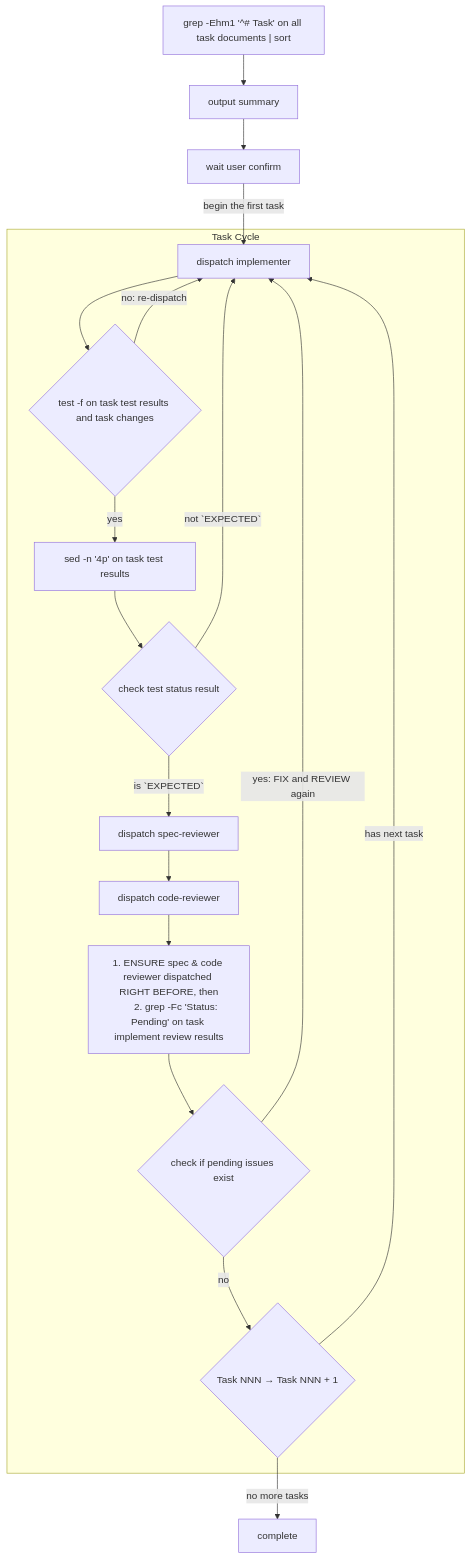
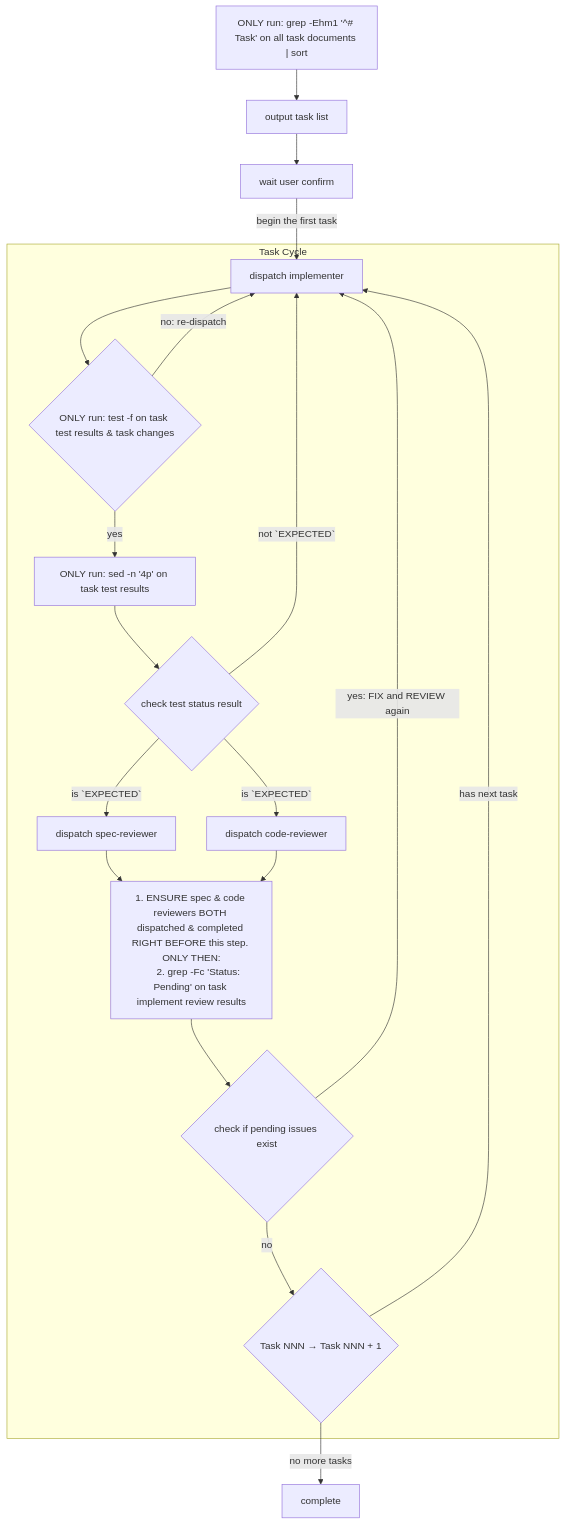
The diagram in skills/executing/SKILL.md (abadcafe/superteam), drawn with Mermaid before and after one commit. The commit also changed 5 other files, not shown here.

````diff
--- a/skills/executing/SKILL.md
+++ b/skills/executing/SKILL.md
@@ -101,40 +101,41 @@
 ```mermaid
 flowchart TD
-  get_task_list["grep -Ehm1 '^# Task' on all task documents | sort"]
-  output_summary["output summary"]
+  get_task_list["ONLY run: grep -Ehm1 '^# Task' on all task documents | sort"]
+  output_task_list["output task list"]
   wait_user_confirm["wait user confirm"]
   complete["complete"]
 
   subgraph task_cycle["Task Cycle"]
     dispatch_implementer["dispatch implementer"]
-    check_implementer_delivered{"test -f on task test results and task changes"}
-    get_test_status["sed -n '4p' on task test results"]
+    check_implementer_completed{"ONLY run: test -f on task test results & task changes"}
+    get_test_status["ONLY run: sed -n '4p' on task test results"]
     check_test_status{"check test status result"}
     dispatch_spec_reviewer["dispatch spec-reviewer"]
     dispatch_code_reviewer["dispatch code-reviewer"]
     count_pending_issues["
-      1. ENSURE spec & code reviewer dispatched RIGHT BEFORE, then
+      1. ENSURE spec & code reviewers BOTH dispatched & completed RIGHT BEFORE this step. ONLY THEN:
       2. grep -Fc 'Status: Pending' on task implement review results
     "]
     check_pending_issues_exist{"check if pending issues exist"}
     next_task{"Task NNN → Task NNN + 1"}
 
-    dispatch_implementer --> check_implementer_delivered
-    check_implementer_delivered -->|"yes"| get_test_status
-    check_implementer_delivered -->|"no: re-dispatch"| dispatch_implementer
+    dispatch_implementer --> check_implementer_completed
+    check_implementer_completed -->|"no: re-dispatch"| dispatch_implementer
+    check_implementer_completed -->|"yes"| get_test_status
     get_test_status --> check_test_status
+    check_test_status -->|"not `EXPECTED`"| dispatch_implementer
     check_test_status -->|"is `EXPECTED`"| dispatch_spec_reviewer
-    check_test_status -->|"not `EXPECTED`"| dispatch_implementer
-    dispatch_spec_reviewer --> dispatch_code_reviewer
+    check_test_status -->|"is `EXPECTED`"| dispatch_code_reviewer
+    dispatch_spec_reviewer --> count_pending_issues
     dispatch_code_reviewer --> count_pending_issues
     count_pending_issues --> check_pending_issues_exist
     check_pending_issues_exist -->|"yes: FIX and REVIEW again"| dispatch_implementer
     check_pending_issues_exist -->|"no"| next_task
     next_task -->|"has next task"| dispatch_implementer
   end
 
-  get_task_list --> output_summary
-  output_summary --> wait_user_confirm
+  get_task_list --> output_task_list
+  output_task_list --> wait_user_confirm
   wait_user_confirm -->|"begin the first task"| dispatch_implementer
   next_task -->|"no more tasks"| complete
 ```
````
